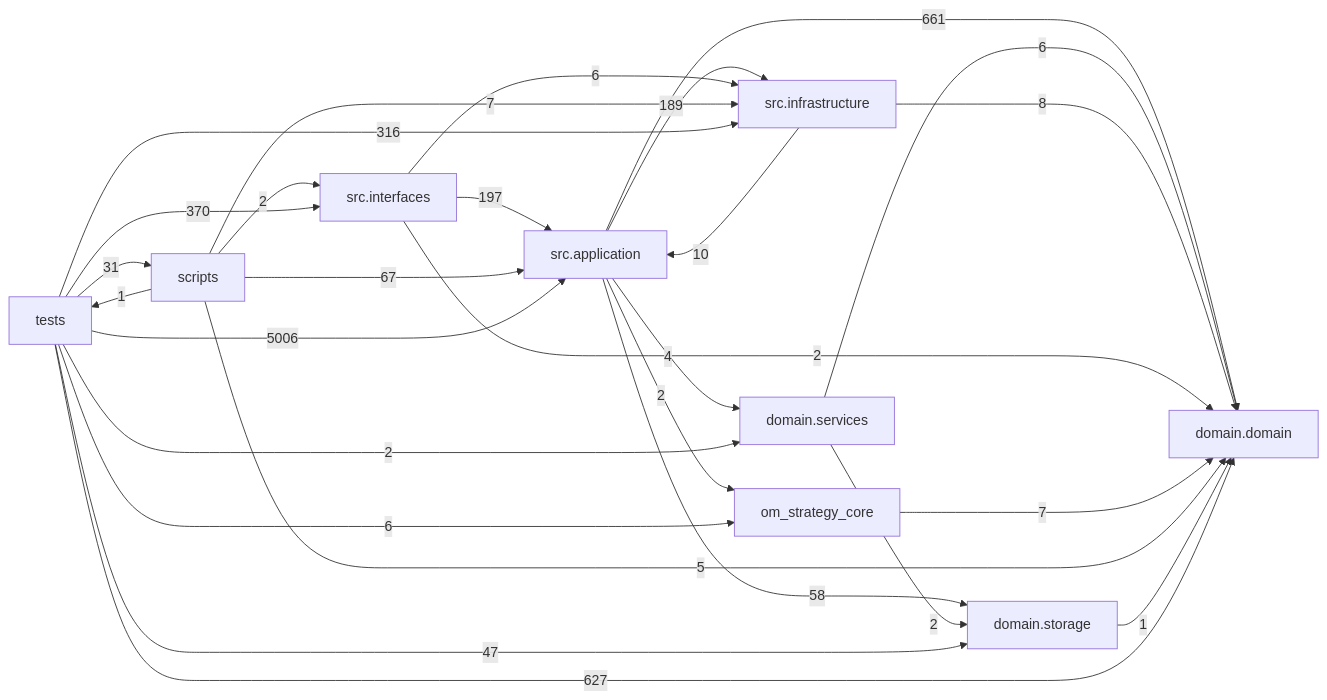
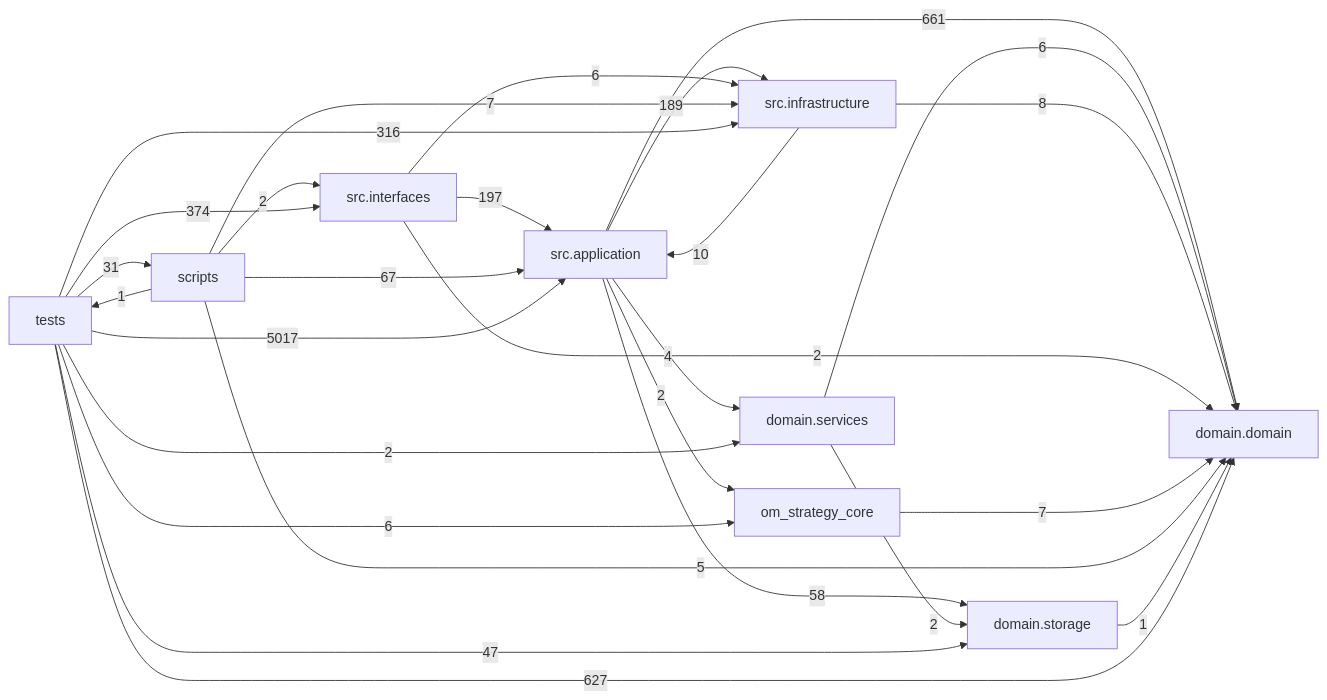
Before and after one commit to liuxie066/options-monitor: the diagram in docs/DEPENDENCY_GRAPH.md, drawn with Mermaid. The commit also changed other lines of this file and 8 other files, not shown here.

````diff
--- a/docs/DEPENDENCY_GRAPH.md
+++ b/docs/DEPENDENCY_GRAPH.md
@@ -24,38 +24,38 @@
 ```mermaid
 flowchart LR
   tests["tests"]
   scripts["scripts"]
   interfaces["src.interfaces"]
   application["src.application"]
   infrastructure["src.infrastructure"]
   domain_services["domain.services"]
   domain["domain.domain"]
   storage["domain.storage"]
   application -->|661| domain
   application -->|4| domain_services
   application -->|189| infrastructure
   application -->|2| om_strategy_core
   application -->|58| storage
   domain_services -->|6| domain
   domain_services -->|2| storage
   infrastructure -->|10| application
   infrastructure -->|8| domain
   interfaces -->|197| application
   interfaces -->|2| domain
   interfaces -->|6| infrastructure
   om_strategy_core -->|7| domain
   scripts -->|67| application
   scripts -->|5| domain
   scripts -->|7| infrastructure
   scripts -->|2| interfaces
   scripts -->|1| tests
   storage -->|1| domain
-  tests -->|5006| application
+  tests -->|5017| application
   tests -->|627| domain
   tests -->|2| domain_services
   tests -->|316| infrastructure
-  tests -->|370| interfaces
+  tests -->|374| interfaces
   tests -->|6| om_strategy_core
   tests -->|31| scripts
   tests -->|47| storage
 ```
````
